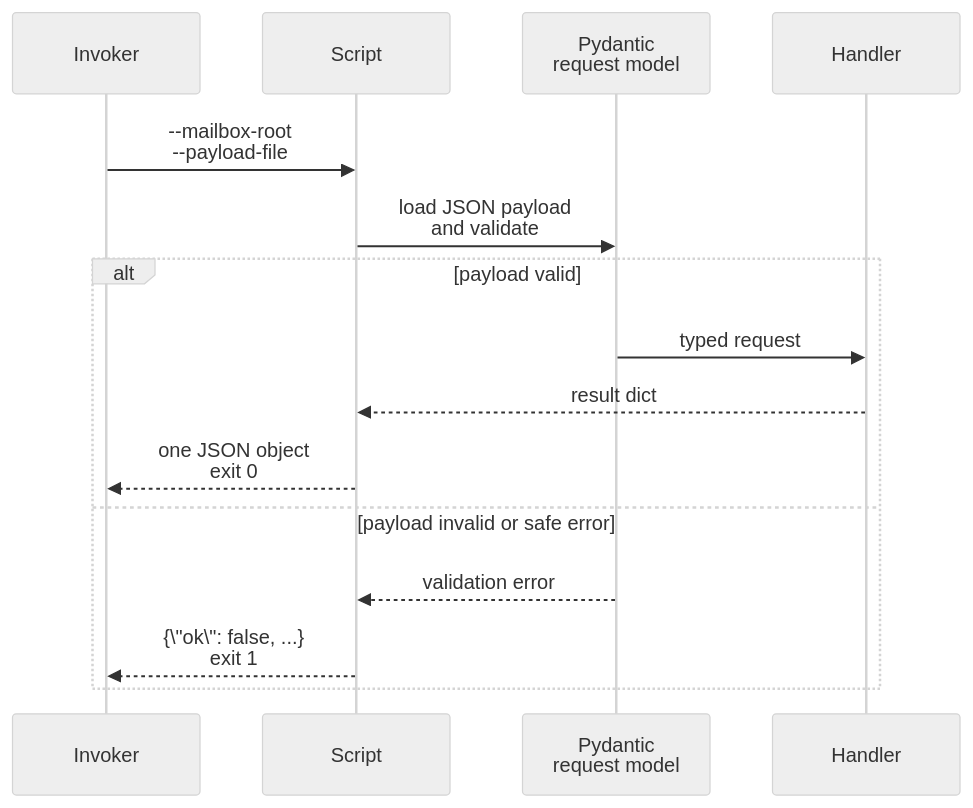
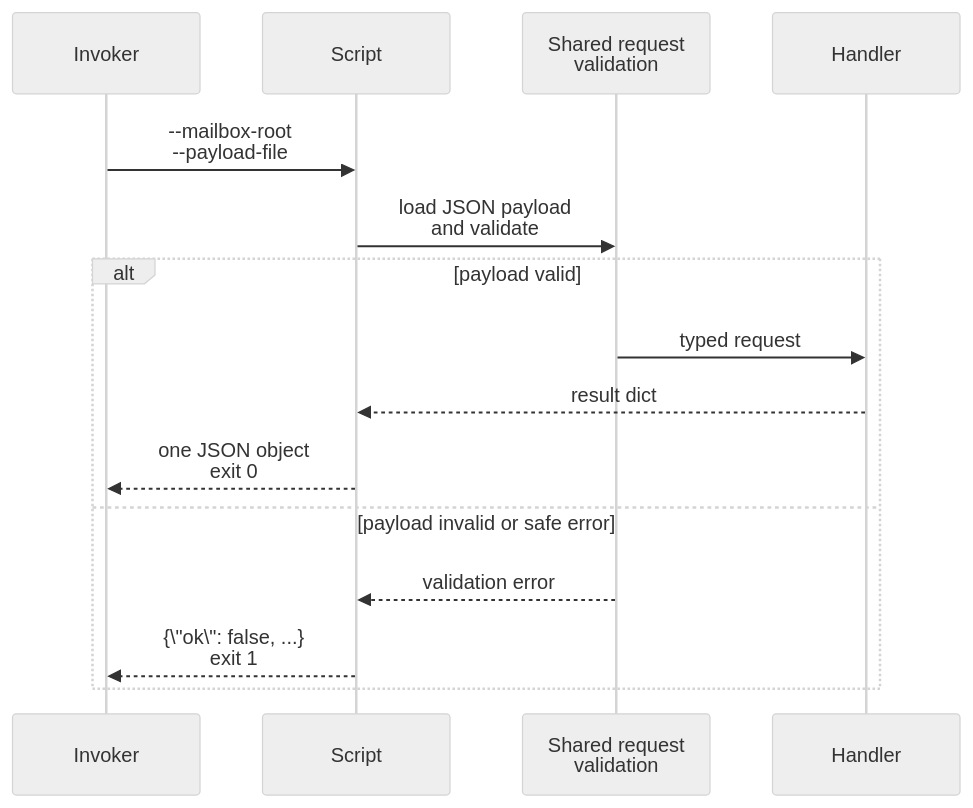
The diagram in docs/reference/mailbox/contracts/managed-scripts.md (igamenovoer/houmao), drawn with Mermaid (neutral theme) before and after one commit. The commit also changed other lines of this file and 33 other files, not shown here.

````diff
--- a/docs/reference/mailbox/contracts/managed-scripts.md
+++ b/docs/reference/mailbox/contracts/managed-scripts.md
@@ -46,17 +48,17 @@
 ```mermaid
 sequenceDiagram
     participant Inv as Invoker
     participant Scr as Script
-    participant Val as Pydantic<br/>request model
+    participant Val as Shared request<br/>validation
     participant Hdl as Handler
     Inv->>Scr: --mailbox-root<br/>--payload-file
     Scr->>Val: load JSON payload<br/>and validate
     alt payload valid
         Val->>Hdl: typed request
         Hdl-->>Scr: result dict
         Scr-->>Inv: one JSON object<br/>exit 0
     else payload invalid or safe error
         Val-->>Scr: validation error
         Scr-->>Inv: {\"ok\": false, ...}<br/>exit 1
     end
 ```
````
